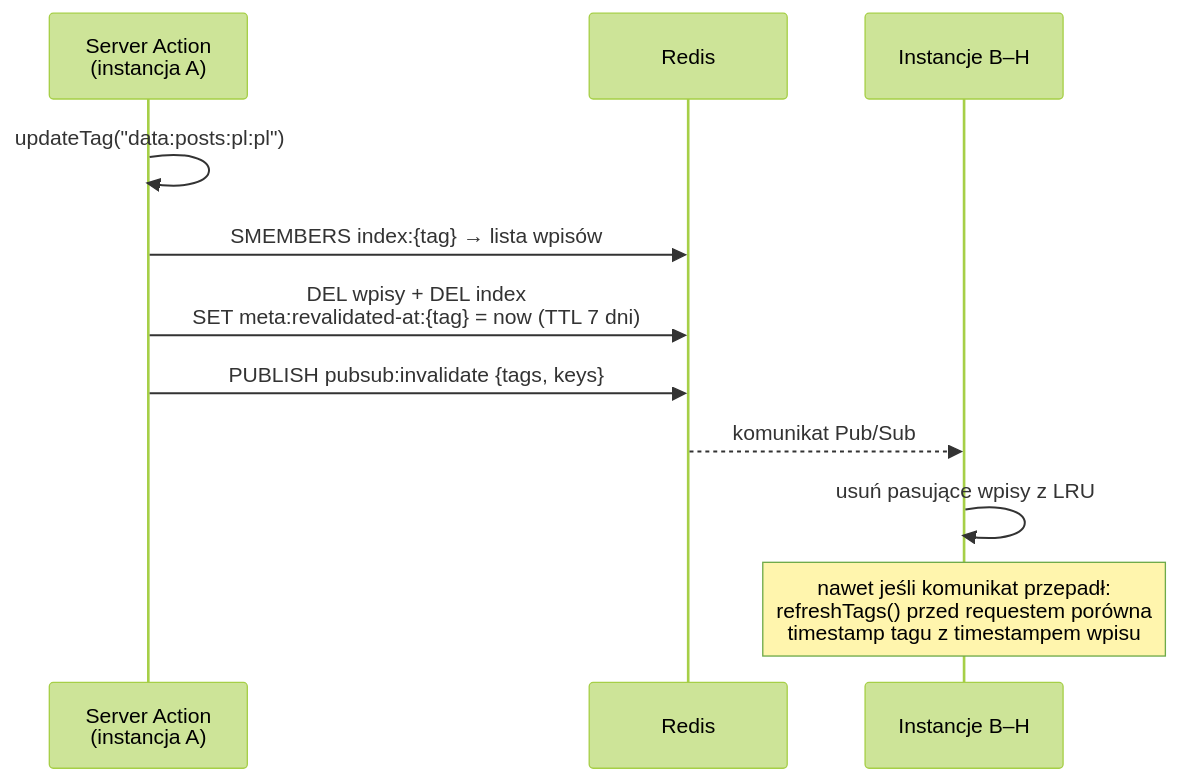
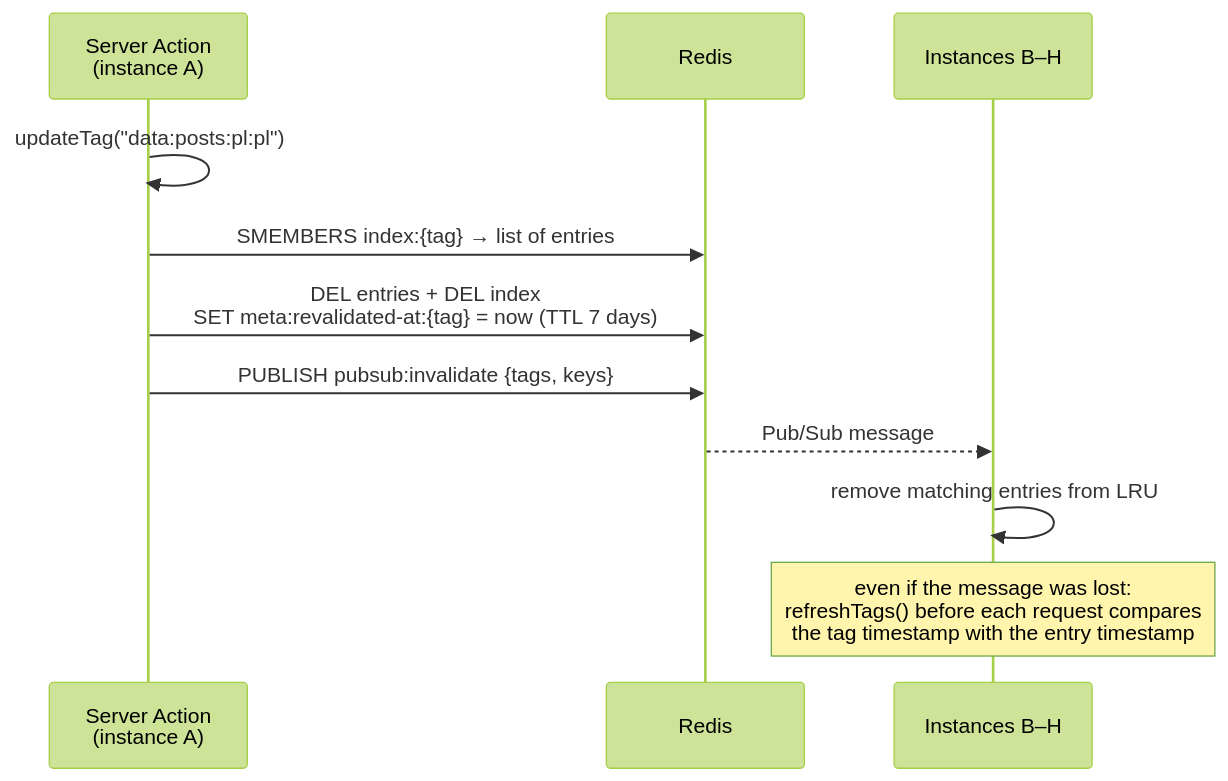
The fourth of 7 diagrams in apps/tmeNext/docs/CACHING.md (Regnar110/cursor-playground), drawn with Mermaid (forest theme) before and after one commit. The commit also changed other lines of this file and 3 other files, not shown here.

````diff
--- a/apps/tmeNext/docs/CACHING.md
+++ b/apps/tmeNext/docs/CACHING.md
@@ -133,14 +134,14 @@
 ```mermaid
 sequenceDiagram
-    participant SA as Server Action<br/>(instancja A)
+    participant SA as Server Action<br/>(instance A)
     participant R as Redis
-    participant B as Instancje B–H
+    participant B as Instances B–H
 
     SA->>SA: updateTag("data:posts:pl:pl")
-    SA->>R: SMEMBERS index:{tag} → lista wpisów
-    SA->>R: DEL wpisy + DEL index<br/>SET meta:revalidated-at:{tag} = now (TTL 7 dni)
+    SA->>R: SMEMBERS index:{tag} → list of entries
+    SA->>R: DEL entries + DEL index<br/>SET meta:revalidated-at:{tag} = now (TTL 7 days)
     SA->>R: PUBLISH pubsub:invalidate {tags, keys}
-    R-->>B: komunikat Pub/Sub
-    B->>B: usuń pasujące wpisy z LRU
-    Note over B: nawet jeśli komunikat przepadł:<br/>refreshTags() przed requestem porówna<br/>timestamp tagu z timestampem wpisu
+    R-->>B: Pub/Sub message
+    B->>B: remove matching entries from LRU
+    Note over B: even if the message was lost:<br/>refreshTags() before each request compares<br/>the tag timestamp with the entry timestamp
 ```
````
